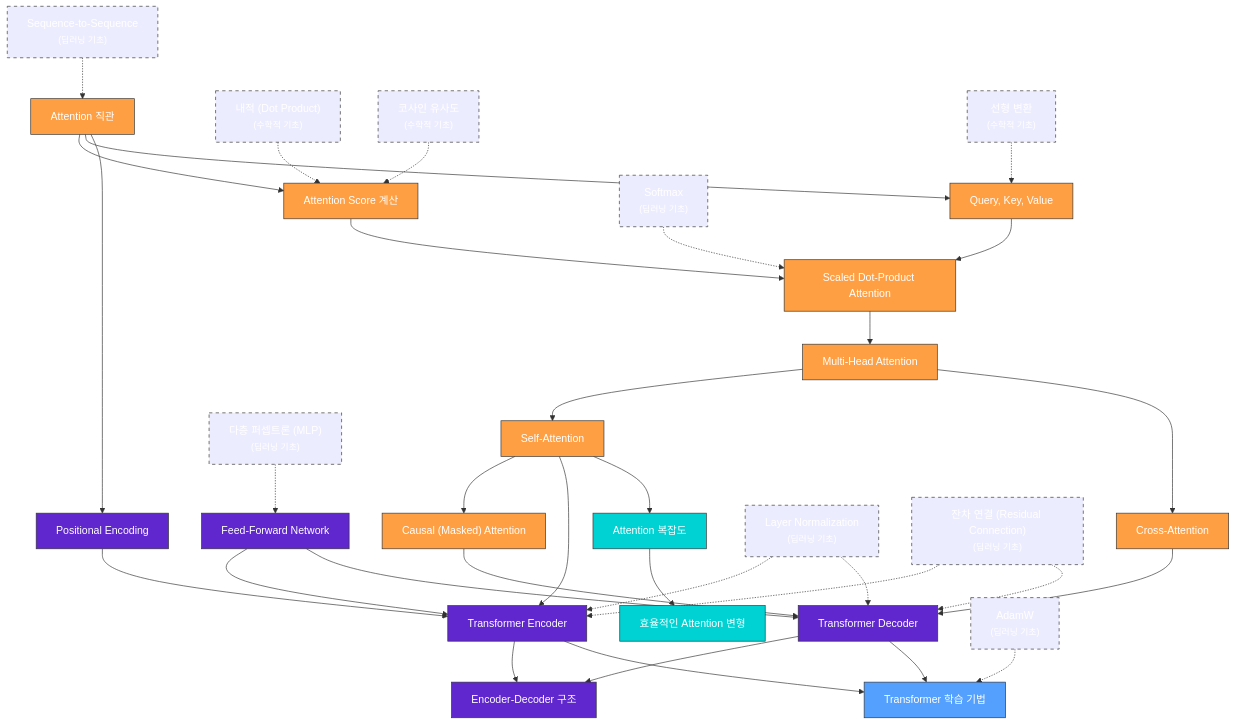
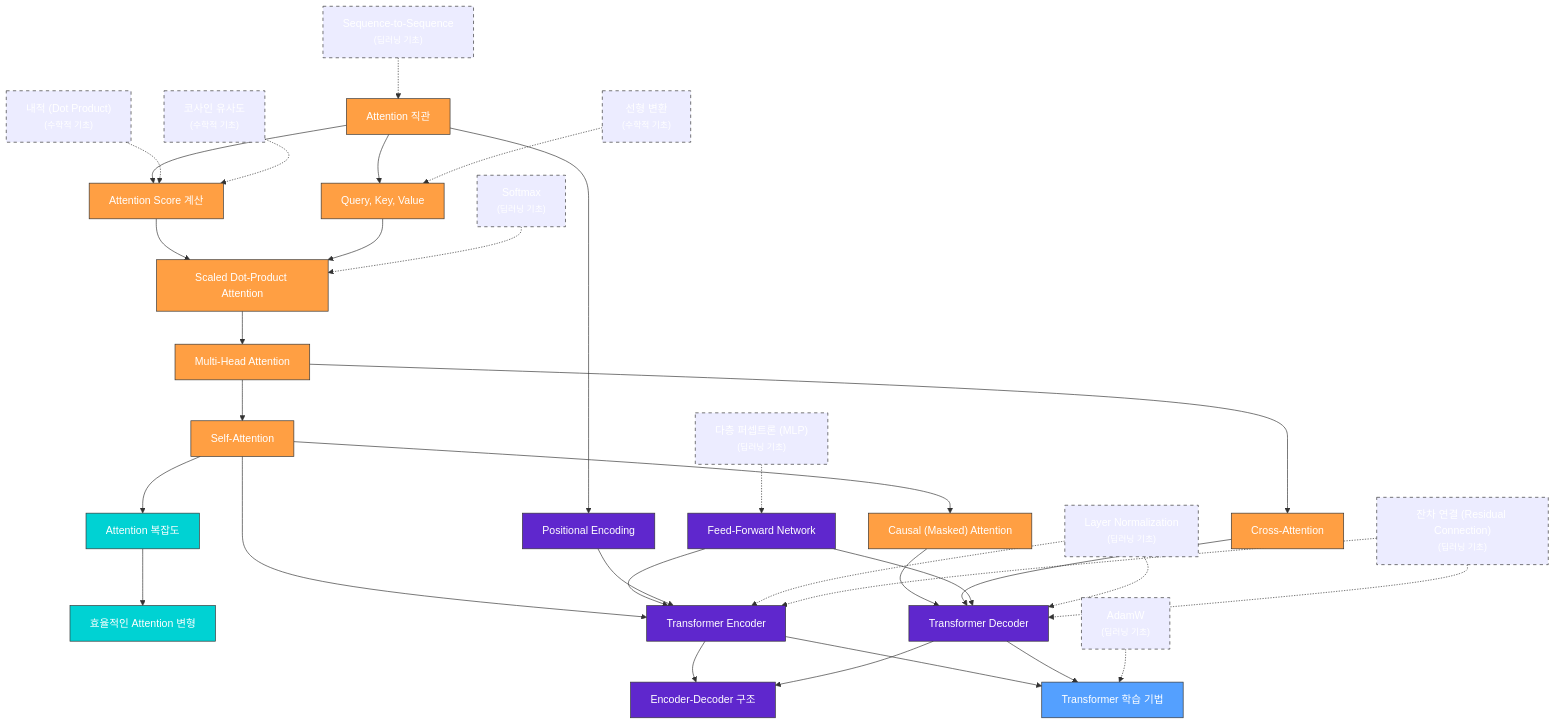
One commit to not-for-me/ai-learning-graph changed the diagram in outputs/transformer_graph.mermaid. Above: the diagram before and after it, drawn with Mermaid. The commit also changed other lines of this file and 21 other files, not shown here.

```diff
--- a/outputs/transformer_graph.mermaid
+++ b/outputs/transformer_graph.mermaid
@@ -1,97 +1,97 @@
 flowchart TD
 
     %% Style definitions
     classDef transformer_attention fill:#FF9F43,stroke:#333,stroke-width:1px,color:#fff
     classDef transformer_architecture fill:#5F27CD,stroke:#333,stroke-width:1px,color:#fff
     classDef transformer_efficiency fill:#00D2D3,stroke:#333,stroke-width:1px,color:#fff
     classDef transformer_training fill:#54A0FF,stroke:#333,stroke-width:1px,color:#fff
     classDef external fill:#gray,stroke:#333,stroke-width:1px,color:#fff,stroke-dasharray: 5 5
 
     transformer_attention_intuition["Attention 직관"]
     transformer_positional_encoding["Positional Encoding"]
     transformer_feed_forward["Feed-Forward Network"]
     transformer_attention_score["Attention Score 계산"]
     transformer_query_key_value["Query, Key, Value"]
     transformer_scaled_dot_product["Scaled Dot-Product Attention"]
     transformer_multi_head_attention["Multi-Head Attention"]
     transformer_attention_complexity["Attention 복잡도"]
     transformer_self_attention["Self-Attention"]
     transformer_cross_attention["Cross-Attention"]
     transformer_causal_attention["Causal (Masked) Attention"]
     transformer_efficient_attention["효율적인 Attention 변형"]
     transformer_transformer_encoder["Transformer Encoder"]
     transformer_transformer_decoder["Transformer Decoder"]
     transformer_transformer_training["Transformer 학습 기법"]
     transformer_encoder_decoder["Encoder-Decoder 구조"]
 
     %% External dependencies
+    math_foundations_cosine_similarity["코사인 유사도<br/><small>(수학적 기초)</small>"]
+    deep_learning_layer_normalization["Layer Normalization<br/><small>(딥러닝 기초)</small>"]
     deep_learning_softmax["Softmax<br/><small>(딥러닝 기초)</small>"]
     deep_learning_seq2seq["Sequence-to-Sequence<br/><small>(딥러닝 기초)</small>"]
     deep_learning_mlp["다층 퍼셉트론 (MLP)<br/><small>(딥러닝 기초)</small>"]
+    deep_learning_residual_connection["잔차 연결 (Residual Connection)<br/><small>(딥러닝 기초)</small>"]
+    math_foundations_linear_transformation["선형 변환<br/><small>(수학적 기초)</small>"]
+    deep_learning_adamw["AdamW<br/><small>(딥러닝 기초)</small>"]
     math_foundations_dot_product["내적 (Dot Product)<br/><small>(수학적 기초)</small>"]
-    deep_learning_layer_normalization["Layer Normalization<br/><small>(딥러닝 기초)</small>"]
-    deep_learning_adamw["AdamW<br/><small>(딥러닝 기초)</small>"]
-    deep_learning_residual_connection["잔차 연결 (Residual Connection)<br/><small>(딥러닝 기초)</small>"]
-    math_foundations_cosine_similarity["코사인 유사도<br/><small>(수학적 기초)</small>"]
-    math_foundations_linear_transformation["선형 변환<br/><small>(수학적 기초)</small>"]
 
     %% Edges
     deep_learning_seq2seq -.-> transformer_attention_intuition
     transformer_attention_intuition --> transformer_attention_score
     math_foundations_dot_product -.-> transformer_attention_score
     math_foundations_cosine_similarity -.-> transformer_attention_score
     transformer_attention_intuition --> transformer_query_key_value
     math_foundations_linear_transformation -.-> transformer_query_key_value
     transformer_attention_score --> transformer_scaled_dot_product
     transformer_query_key_value --> transformer_scaled_dot_product
     deep_learning_softmax -.-> transformer_scaled_dot_product
     transformer_scaled_dot_product --> transformer_multi_head_attention
     transformer_multi_head_attention --> transformer_self_attention
     transformer_multi_head_attention --> transformer_cross_attention
     transformer_self_attention --> transformer_causal_attention
     transformer_attention_intuition --> transformer_positional_encoding
     deep_learning_mlp -.-> transformer_feed_forward
     transformer_self_attention --> transformer_transformer_encoder
     transformer_feed_forward --> transformer_transformer_encoder
     transformer_positional_encoding --> transformer_transformer_encoder
     deep_learning_layer_normalization -.-> transformer_transformer_encoder
     deep_learning_residual_connection -.-> transformer_transformer_encoder
     transformer_causal_attention --> transformer_transformer_decoder
     transformer_cross_attention --> transformer_transformer_decoder
     transformer_feed_forward --> transformer_transformer_decoder
     deep_learning_layer_normalization -.-> transformer_transformer_decoder
     deep_learning_residual_connection -.-> transformer_transformer_decoder
     transformer_transformer_encoder --> transformer_encoder_decoder
     transformer_transformer_decoder --> transformer_encoder_decoder
     transformer_self_attention --> transformer_attention_complexity
     transformer_attention_complexity --> transformer_efficient_attention
     transformer_transformer_encoder --> transformer_transformer_training
     transformer_transformer_decoder --> transformer_transformer_training
     deep_learning_adamw -.-> transformer_transformer_training
 
     %% Apply styles
     class transformer_attention_intuition transformer_attention
     class transformer_attention_score transformer_attention
     class transformer_query_key_value transformer_attention
     class transformer_scaled_dot_product transformer_attention
     class transformer_multi_head_attention transformer_attention
     class transformer_self_attention transformer_attention
     class transformer_cross_attention transformer_attention
     class transformer_causal_attention transformer_attention
     class transformer_positional_encoding transformer_architecture
     class transformer_feed_forward transformer_architecture
     class transformer_transformer_encoder transformer_architecture
     class transformer_transformer_decoder transformer_architecture
     class transformer_encoder_decoder transformer_architecture
     class transformer_attention_complexity transformer_efficiency
     class transformer_efficient_attention transformer_efficiency
     class transformer_transformer_training transformer_training
+    class math_foundations_cosine_similarity external
+    class deep_learning_layer_normalization external
     class deep_learning_softmax external
     class deep_learning_seq2seq external
     class deep_learning_mlp external
+    class deep_learning_residual_connection external
+    class math_foundations_linear_transformation external
+    class deep_learning_adamw external
     class math_foundations_dot_product external
-    class deep_learning_layer_normalization external
-    class deep_learning_adamw external
-    class deep_learning_residual_connection external
-    class math_foundations_cosine_similarity external
-    class math_foundations_linear_transformation external
```
